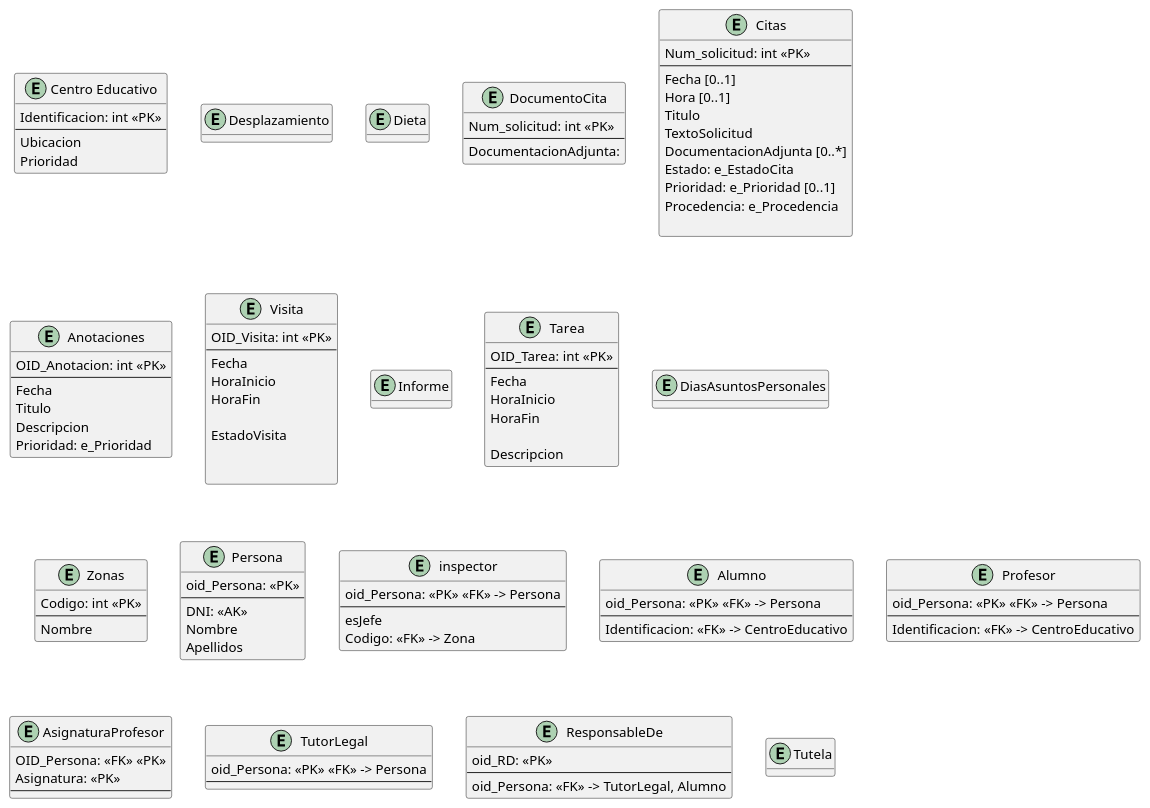
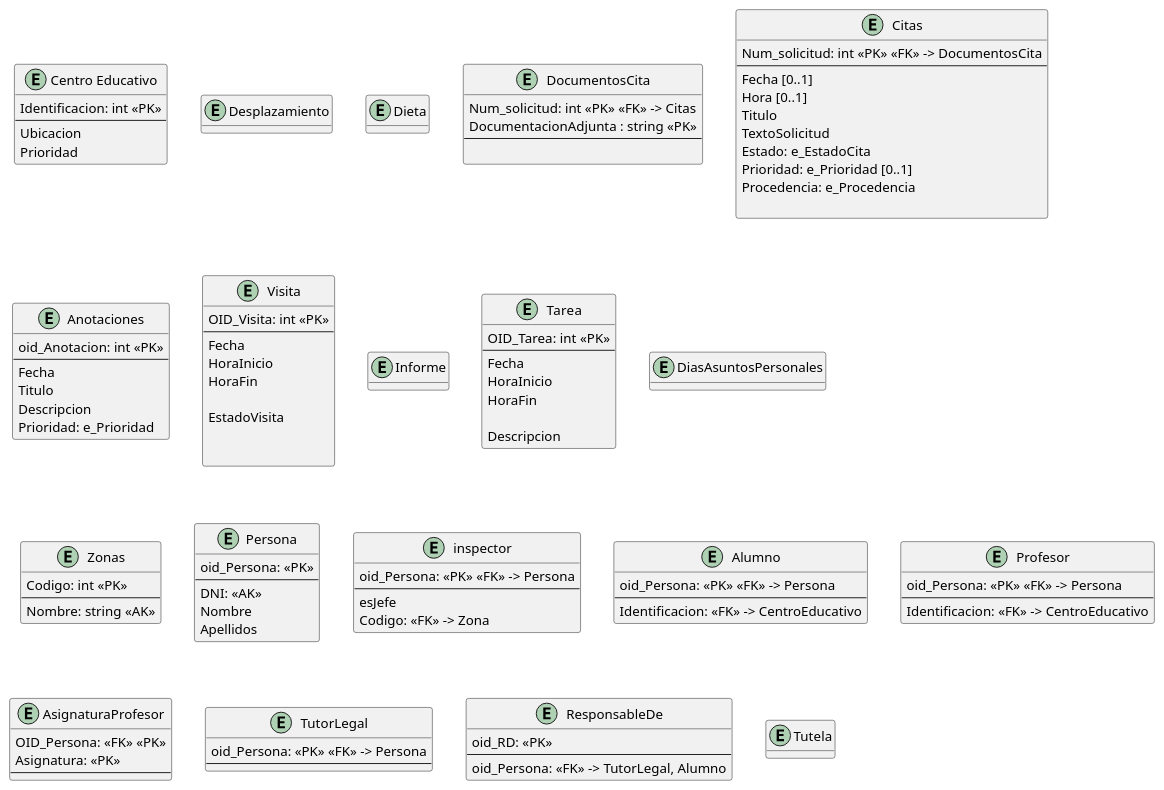
The diagram in modelado/modelado_relacional.puml (javiporti/ProyectoBD_Inspeccion_Educativa), drawn with PlantUML before and after one commit. The commit also changed other lines of this file, not shown here.

Commit message:
añadida la notacion pata de gallo en DocumentosCita

```diff
--- a/modelado/modelado_relacional.puml
+++ b/modelado/modelado_relacional.puml
@@ -1,135 +1,135 @@
 @startuml modelado_conceptual
 hide methods
 skinparam ClassAttributeIconSize 0
 
 
 entity "Centro Educativo" as CentrosEducativos {
     Identificacion: int <<PK>>
     --
     Ubicacion
     Prioridad
 }
 
 entity Desplazamiento {
 
 }
 
 entity Dieta {
 
 }
 
-entity DocumentoCita {
-    Num_solicitud: int <<PK>>
+entity DocumentosCita {
+    Num_solicitud: int <<PK>> <<FK>> -> Citas
+    DocumentacionAdjunta : string <<PK>>
     --
-    DocumentacionAdjunta: 
+     
 }
 entity Citas {
-    Num_solicitud: int <<PK>>
+    Num_solicitud: int <<PK>> <<FK>> -> DocumentosCita
     --
     Fecha [0..1]
     Hora [0..1]
     Titulo
     TextoSolicitud
-    DocumentacionAdjunta [0..*]
     Estado: e_EstadoCita
     Prioridad: e_Prioridad [0..1]
     Procedencia: e_Procedencia
 
 }
 
 entity Anotaciones {
-    OID_Anotacion: int <<PK>>
+    oid_Anotacion: int <<PK>>
     --
     Fecha
     Titulo
     Descripcion
     Prioridad: e_Prioridad
 }
 
 
 
 entity Visita {
     OID_Visita: int <<PK>>
     --
     Fecha
     HoraInicio
     HoraFin
 
     EstadoVisita
 
 
 }
 
 entity Informe {
 
 }
 
 entity Tarea {
     OID_Tarea: int <<PK>>
     --
     Fecha
     HoraInicio
     HoraFin
 
     Descripcion
 }
 
 entity DiasAsuntosPersonales {
 
 }
 
 entity Zonas {
     Codigo: int <<PK>>
     --
-    Nombre
+    Nombre: string <<AK>>
 }
 
 entity Persona {
     oid_Persona: <<PK>>
     --
     DNI: <<AK>>
     Nombre
     Apellidos
 }
 
 entity inspector {
     oid_Persona: <<PK>> <<FK>> -> Persona
     --
     esJefe
     Codigo: <<FK>> -> Zona
 }
 
 entity Alumno {
     oid_Persona: <<PK>> <<FK>> -> Persona
     --
     Identificacion: <<FK>> -> CentroEducativo
 }
 
 entity Profesor {
     oid_Persona: <<PK>> <<FK>> -> Persona
     --
     Identificacion: <<FK>> -> CentroEducativo
 }
 
 entity AsignaturaProfesor {
     OID_Persona: <<FK>> <<PK>>
     Asignatura: <<PK>>
     --
 }
 
 entity TutorLegal {
     oid_Persona: <<PK>> <<FK>> -> Persona
     --
 }
 
 entity ResponsableDe {
     oid_RD: <<PK>>
     --
     oid_Persona: <<FK>> -> TutorLegal, Alumno
 }
 
 entity Tutela {
 
 }
 
 @enduml
```
